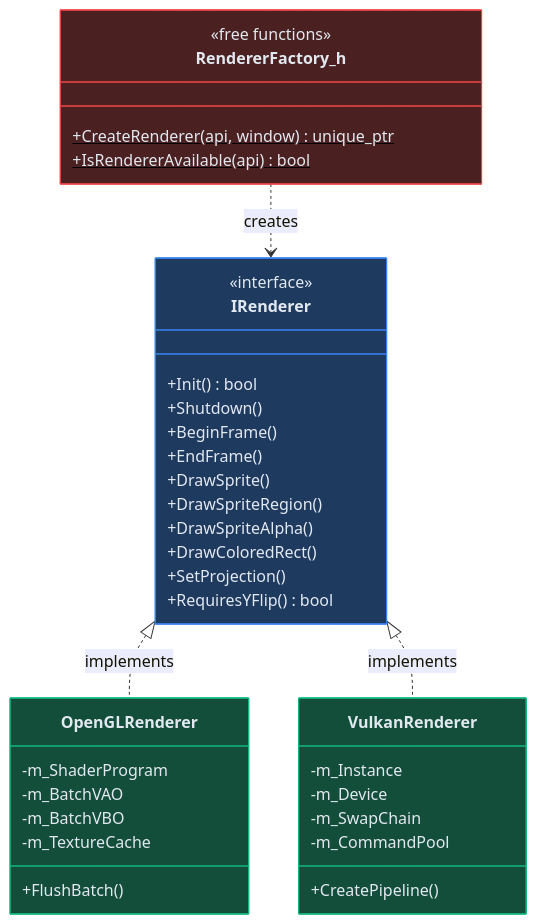
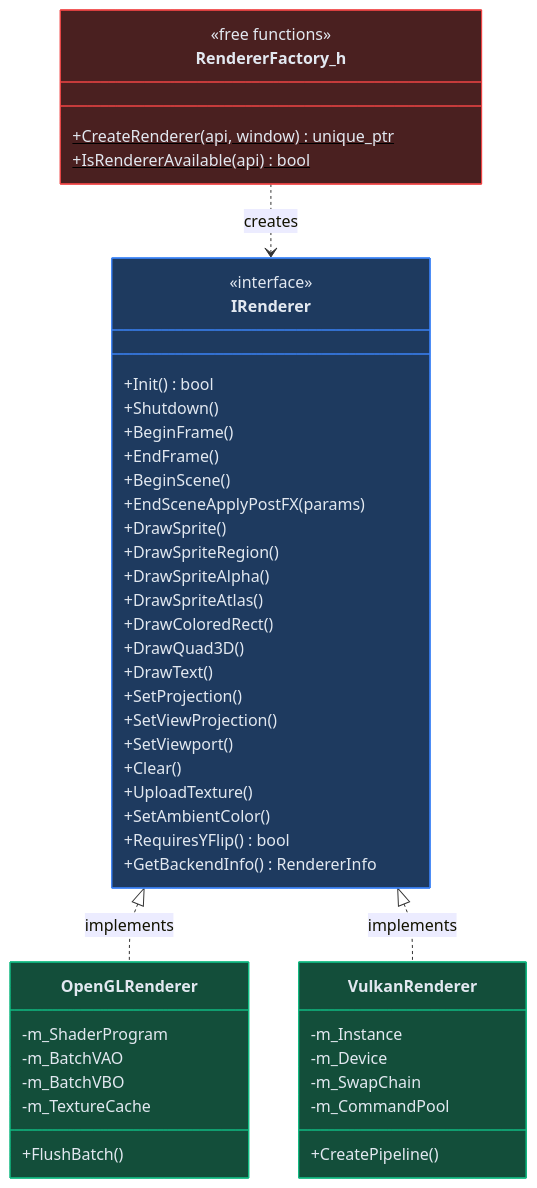
The fifth of 5 diagrams in docs/RENDERING.md (baaz777/rift), drawn with Mermaid before and after one commit. The commit also changed other lines of this file, not shown here.

```diff
--- a/docs/RENDERING.md
+++ b/docs/RENDERING.md
@@ -778,47 +852,58 @@
 <pre class="mermaid">
 classDiagram
     class IRenderer {
         <<interface>>
         +Init() bool
         +Shutdown()
         +BeginFrame()
         +EndFrame()
+        +BeginScene()
+        +EndSceneApplyPostFX(params)
         +DrawSprite()
         +DrawSpriteRegion()
         +DrawSpriteAlpha()
+        +DrawSpriteAtlas()
         +DrawColoredRect()
+        +DrawQuad3D()
+        +DrawText()
         +SetProjection()
+        +SetViewProjection()
+        +SetViewport()
+        +Clear()
+        +UploadTexture()
+        +SetAmbientColor()
         +RequiresYFlip() bool
+        +GetBackendInfo() RendererInfo
     }
 
     class OpenGLRenderer {
         -m_ShaderProgram
         -m_BatchVAO
         -m_BatchVBO
         -m_TextureCache
         +FlushBatch()
     }
 
     class VulkanRenderer {
         -m_Instance
         -m_Device
         -m_SwapChain
         -m_CommandPool
         +CreatePipeline()
     }
 
     class RendererFactory_h {
         <<free functions>>
         +CreateRenderer(api, window)$ unique_ptr
         +IsRendererAvailable(api)$ bool
     }
 
     IRenderer <|.. OpenGLRenderer : implements
     IRenderer <|.. VulkanRenderer : implements
     RendererFactory_h ..> IRenderer : creates
 
     style IRenderer fill:#1e3a5f,stroke:#3b82f6,color:#e2e8f0
     style OpenGLRenderer fill:#134e3a,stroke:#10b981,color:#e2e8f0
     style VulkanRenderer fill:#134e3a,stroke:#10b981,color:#e2e8f0
     style RendererFactory_h fill:#4a2020,stroke:#ef4444,color:#e2e8f0
 </pre>
```
